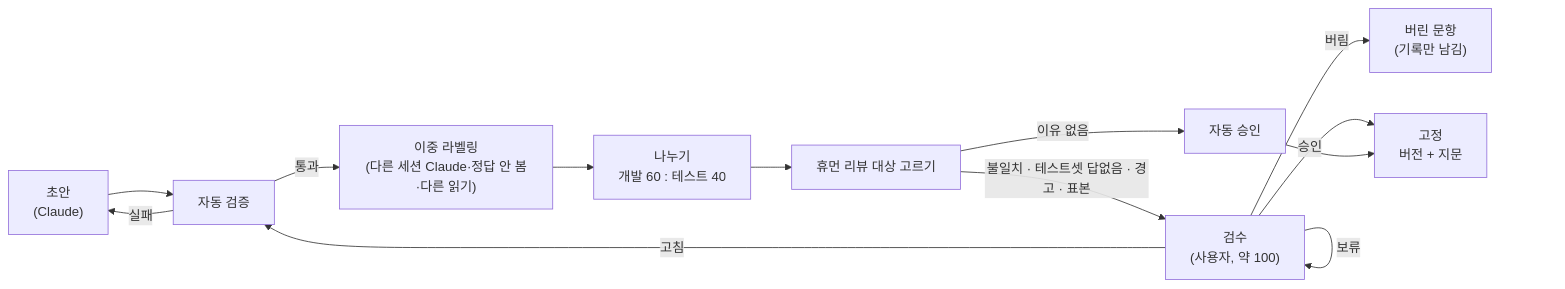
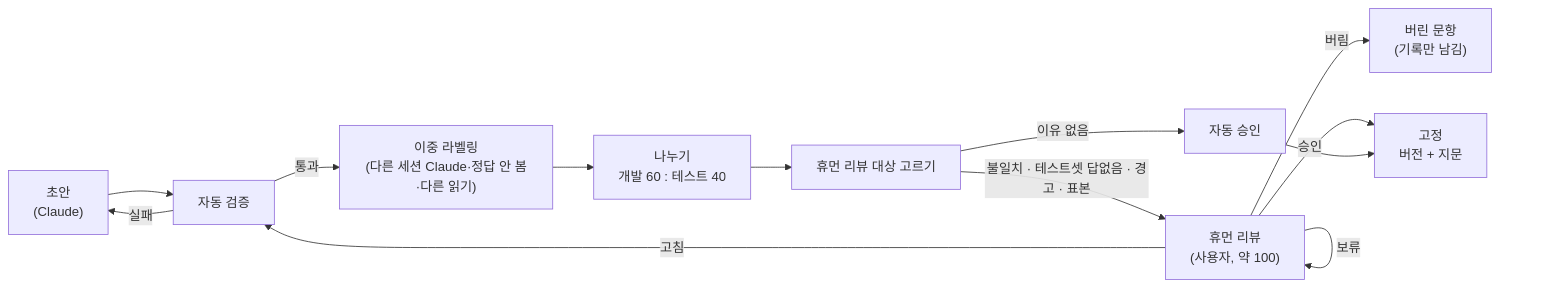
The diagram in docs/rag/m1/평가셋-파일형식-20261005.md (QyongGin/DocuMind), drawn with Mermaid before and after one commit. The commit also changed other lines of this file and 3 other files, not shown here.

````diff
--- a/docs/rag/m1/평가셋-파일형식-20261005.md
+++ b/docs/rag/m1/평가셋-파일형식-20261005.md
@@ -48,15 +48,15 @@
 ```mermaid
 flowchart LR
     A["초안<br/>(Claude)"] --> B["자동 검증"]
     B -- 실패 --> A
     B -- 통과 --> K["이중 라벨링<br/>(다른 세션 Claude·정답 안 봄·다른 읽기)"]
     K --> D["나누기<br/>개발 60 : 테스트 40"]
     D --> N["휴먼 리뷰 대상 고르기"]
     N -- 이유 없음 --> AU["자동 승인"]
-    N -- 불일치 · 테스트셋 답없음 · 경고 · 표본 --> C["검수<br/>(사용자, 약 100)"]
+    N -- 불일치 · 테스트셋 답없음 · 경고 · 표본 --> C["휴먼 리뷰<br/>(사용자, 약 100)"]
     C -- 고침 --> B
     C -- 보류 --> C
     C -- 버림 --> X["버린 문항<br/>(기록만 남김)"]
     C -- 승인 --> E["고정<br/>버전 + 지문"]
     AU --> E
 ```
````
